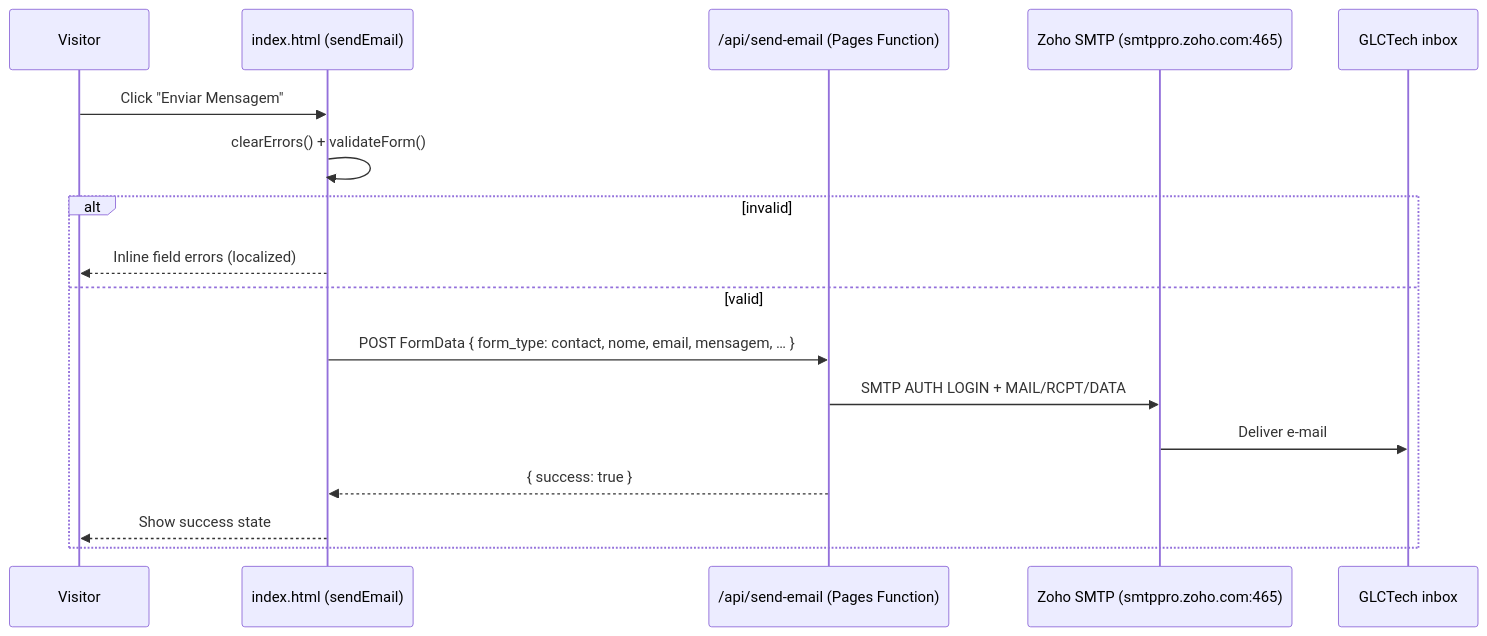
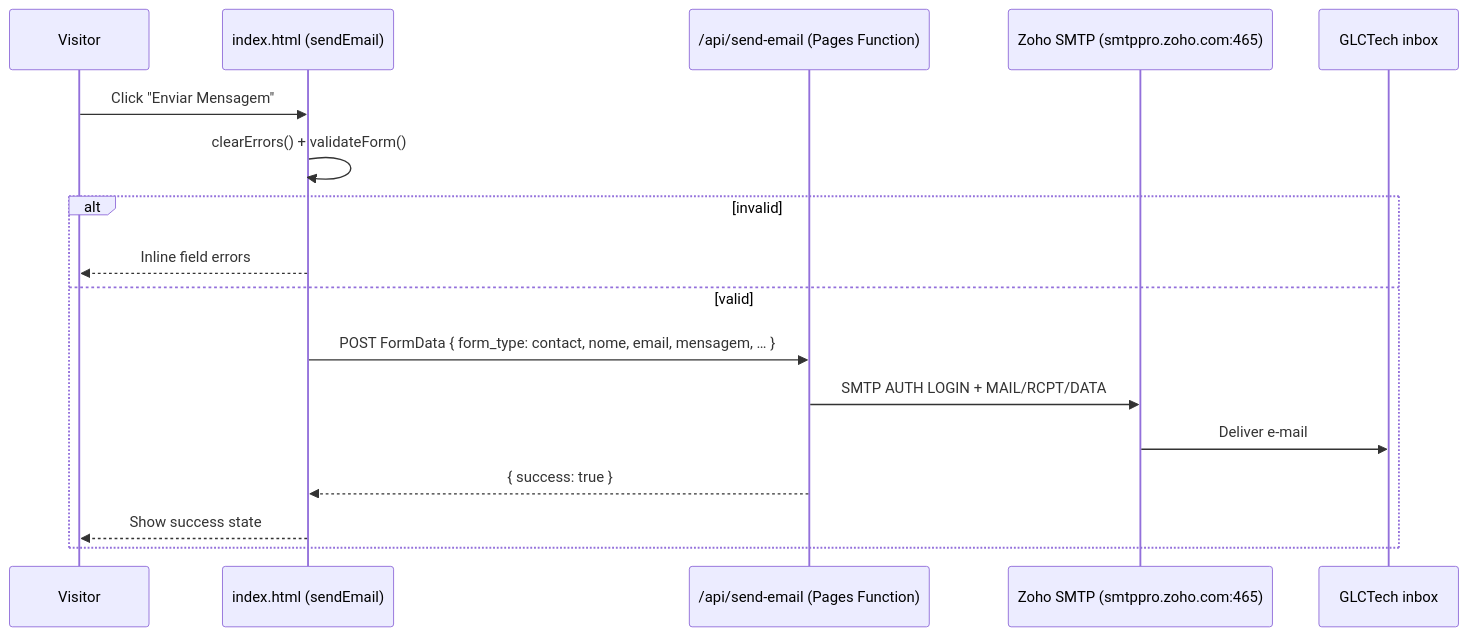
Before and after one commit to glctech/site2.0: the second of 5 diagrams in docs/ARCHITECTURE.md, drawn with Mermaid. The commit also changed other lines of this file and 28 other files, not shown here.

````diff
--- a/docs/ARCHITECTURE.md
+++ b/docs/ARCHITECTURE.md
@@ -198,19 +179,19 @@
 ```mermaid
 sequenceDiagram
     participant U as Visitor
     participant P as index.html (sendEmail)
     participant F as /api/send-email (Pages Function)
     participant Z as Zoho SMTP (smtppro.zoho.com:465)
     participant M as GLCTech inbox
     U->>P: Click "Enviar Mensagem"
     P->>P: clearErrors() + validateForm()
     alt invalid
-        P-->>U: Inline field errors (localized)
+        P-->>U: Inline field errors
     else valid
         P->>F: POST FormData { form_type: contact, nome, email, mensagem, … }
         F->>Z: SMTP AUTH LOGIN + MAIL/RCPT/DATA
         Z->>M: Deliver e-mail
         F-->>P: { success: true }
         P-->>U: Show success state
     end
 ```
````
